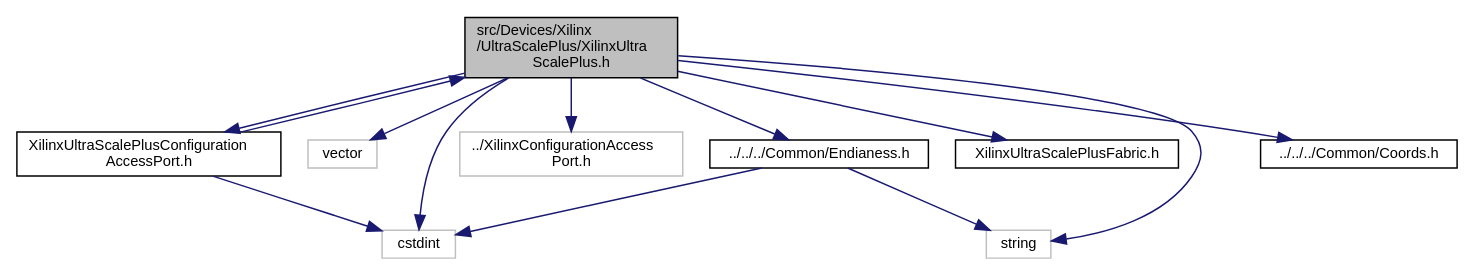
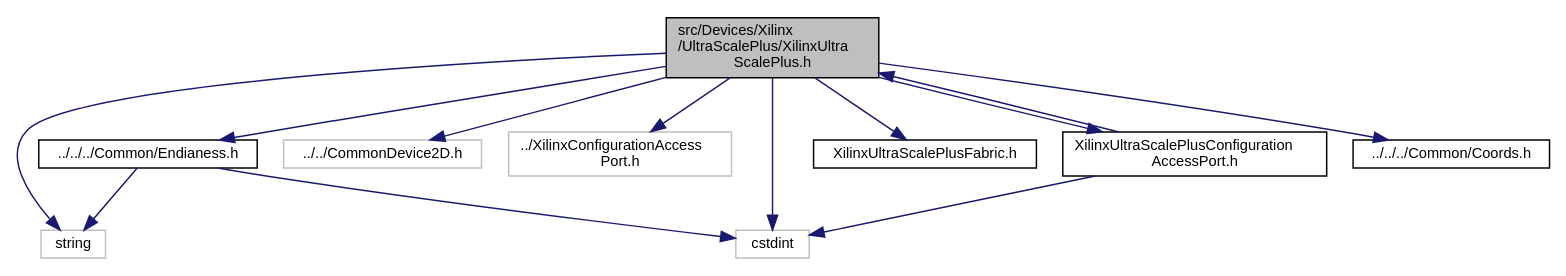
One commit to FPGA-Research-Manchester/byteman changed the diagram in XilinxUltraScalePlus_8h__incl.dot. Above: the diagram before and after it, drawn with Graphviz. The commit also changed 543 other files, not shown here.

```diff
--- a/XilinxUltraScalePlus_8h__incl.dot
+++ b/XilinxUltraScalePlus_8h__incl.dot
@@ -1,28 +1,28 @@
 digraph "src/Devices/Xilinx/UltraScalePlus/XilinxUltraScalePlus.h"
 {
  // INTERACTIVE_SVG=YES
  // LATEX_PDF_SIZE
   edge [fontname="Helvetica",fontsize="10",labelfontname="Helvetica",labelfontsize="10"];
   node [fontname="Helvetica",fontsize="10",shape=record];
   Node1 [label="src/Devices/Xilinx\l/UltraScalePlus/XilinxUltra\lScalePlus.h",height=0.2,width=0.4,color="black", fillcolor="grey75", style="filled", fontcolor="black",tooltip=" "];
   Node1 -> Node2 [color="midnightblue",fontsize="10",style="solid",fontname="Helvetica"];
   Node2 [label="cstdint",height=0.2,width=0.4,color="grey75", fillcolor="white", style="filled",tooltip=" "];
   Node1 -> Node3 [color="midnightblue",fontsize="10",style="solid",fontname="Helvetica"];
-  Node3 [label="vector",height=0.2,width=0.4,color="grey75", fillcolor="white", style="filled",tooltip=" "];
+  Node3 [label="string",height=0.2,width=0.4,color="grey75", fillcolor="white", style="filled",tooltip=" "];
   Node1 -> Node4 [color="midnightblue",fontsize="10",style="solid",fontname="Helvetica"];
-  Node4 [label="string",height=0.2,width=0.4,color="grey75", fillcolor="white", style="filled",tooltip=" "];
+  Node4 [label="../../CommonDevice2D.h",height=0.2,width=0.4,color="grey75", fillcolor="white", style="filled",tooltip=" "];
   Node1 -> Node5 [color="midnightblue",fontsize="10",style="solid",fontname="Helvetica"];
   Node5 [label="../XilinxConfigurationAccess\lPort.h",height=0.2,width=0.4,color="grey75", fillcolor="white", style="filled",tooltip=" "];
   Node1 -> Node6 [color="midnightblue",fontsize="10",style="solid",fontname="Helvetica"];
   Node6 [label="XilinxUltraScalePlusConfiguration\lAccessPort.h",height=0.2,width=0.4,color="black", fillcolor="white", style="filled",URL="$XilinxUltraScalePlusConfigurationAccessPort_8h.html",tooltip=" "];
   Node6 -> Node2 [color="midnightblue",fontsize="10",style="solid",fontname="Helvetica"];
   Node6 -> Node1 [color="midnightblue",fontsize="10",style="solid",fontname="Helvetica"];
   Node1 -> Node7 [color="midnightblue",fontsize="10",style="solid",fontname="Helvetica"];
   Node7 [label="XilinxUltraScalePlusFabric.h",height=0.2,width=0.4,color="black", fillcolor="white", style="filled",URL="$XilinxUltraScalePlusFabric_8h.html",tooltip=" "];
   Node1 -> Node8 [color="midnightblue",fontsize="10",style="solid",fontname="Helvetica"];
   Node8 [label="../../../Common/Endianess.h",height=0.2,width=0.4,color="black", fillcolor="white", style="filled",URL="$Endianess_8h.html",tooltip=" "];
   Node8 -> Node2 [color="midnightblue",fontsize="10",style="solid",fontname="Helvetica"];
-  Node8 -> Node4 [color="midnightblue",fontsize="10",style="solid",fontname="Helvetica"];
+  Node8 -> Node3 [color="midnightblue",fontsize="10",style="solid",fontname="Helvetica"];
   Node1 -> Node9 [color="midnightblue",fontsize="10",style="solid",fontname="Helvetica"];
   Node9 [label="../../../Common/Coords.h",height=0.2,width=0.4,color="black", fillcolor="white", style="filled",URL="$Coords_8h.html",tooltip=" "];
 }
```
